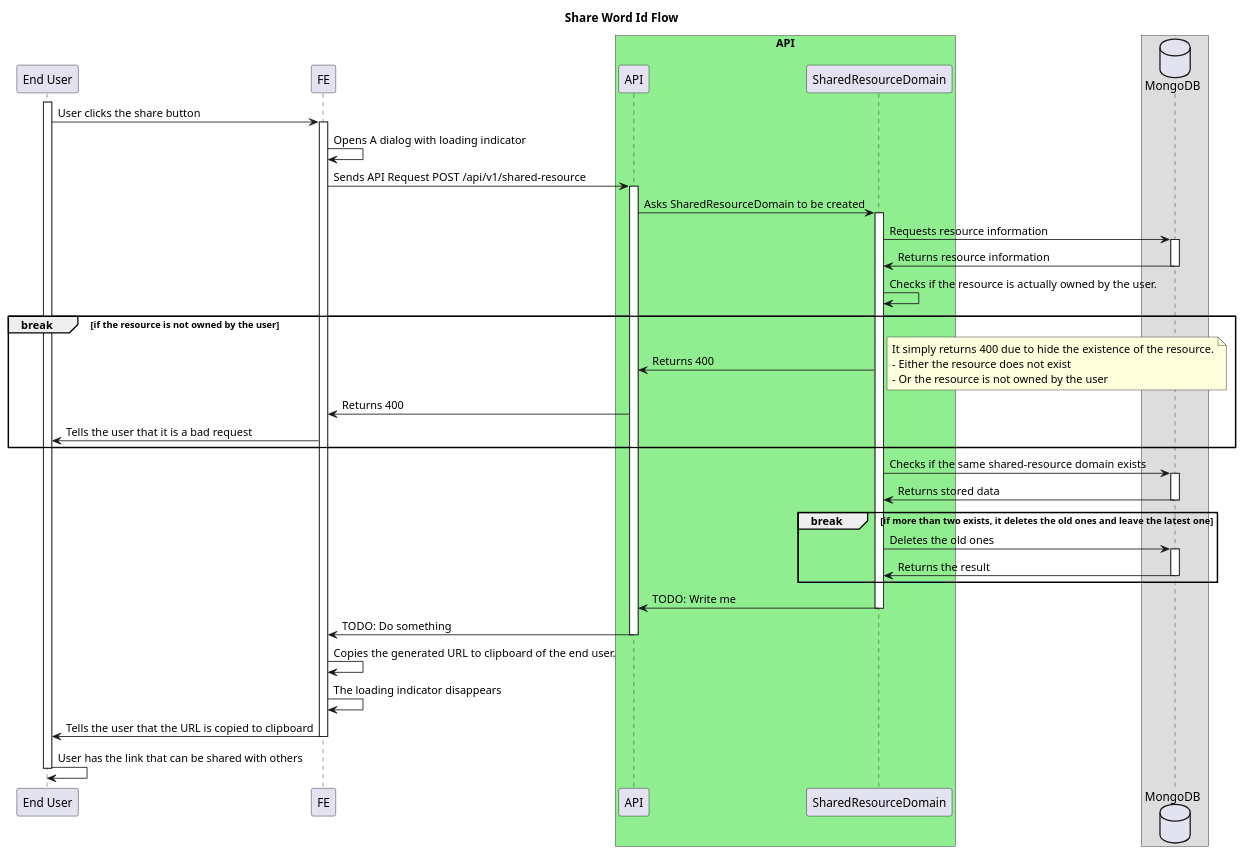
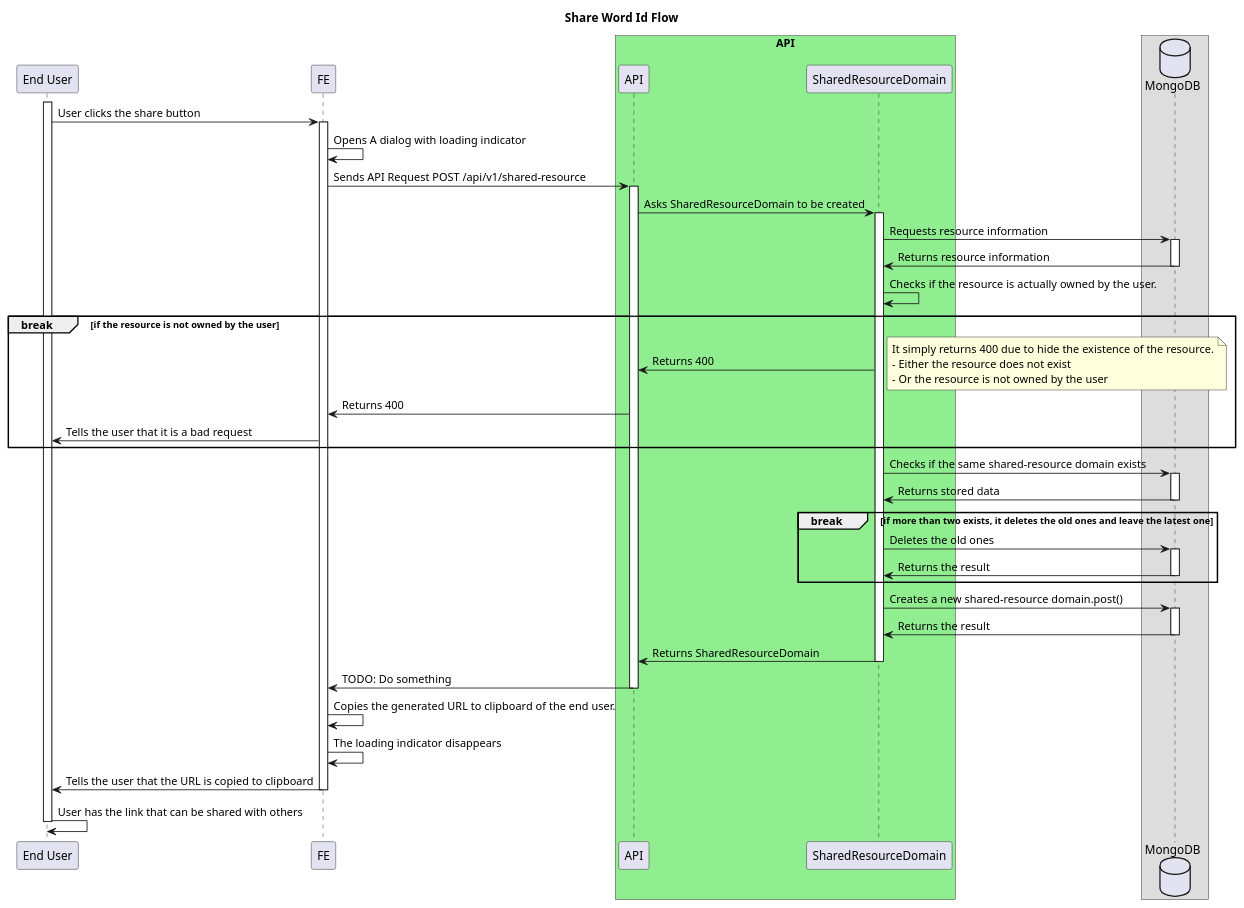
Before and after one commit to ajktown/docs: the diagram in api/share-feature.md, drawn with PlantUML.

Commit message:
doc: until return SharedResourceDomain

````diff
--- a/api/share-feature.md
+++ b/api/share-feature.md
@@ -19,60 +19,64 @@
 ```plantuml
 
 @startuml
 
 title Share Word Id Flow
 
 participant "End User" as user
 participant "FE" as fe
 box "API" #Lightgreen
   participant "API" as api
   participant "SharedResourceDomain" as domain
 box
 database "MongoDB" as db
 
 activate user
   user -> fe: User clicks the share button
   activate fe
     fe -> fe: Opens A dialog with loading indicator
     fe -> api: Sends API Request POST /api/v1/shared-resource
     activate api
       api -> domain: Asks SharedResourceDomain to be created
       activate domain
         domain -> db: Requests resource information
         activate db
           domain <- db: Returns resource information
         deactivate db
         domain -> domain: Checks if the resource is actually owned by the user.
         break if the resource is not owned by the user
           api <- domain: Returns 400
           note right
             It simply returns 400 due to hide the existence of the resource.
             - Either the resource does not exist
             - Or the resource is not owned by the user
           end note
           fe <- api: Returns 400
           user <- fe: Tells the user that it is a bad request
         end break
         domain -> db: Checks if the same shared-resource domain exists
         activate db
           domain <- db: Returns stored data
         deactivate db
         break if more than two exists, it deletes the old ones and leave the latest one
           domain -> db: Deletes the old ones
           activate db
             domain <- db: Returns the result
           deactivate db
         end break
-        api <- domain: TODO: Write me
+        domain -> db: Creates a new shared-resource domain.post()
+        activate db
+          domain <- db: Returns the result
+        deactivate db
+        api <- domain: Returns SharedResourceDomain
       deactivate domain
       fe <- api: TODO: Do something
     deactivate api
   fe -> fe: Copies the generated URL to clipboard of the end user.
   fe -> fe: The loading indicator disappears
   user <- fe: Tells the user that the URL is copied to clipboard
   deactivate fe
   user -> user: User has the link that can be shared with others
 deactivate user
 
 
 ```
````
